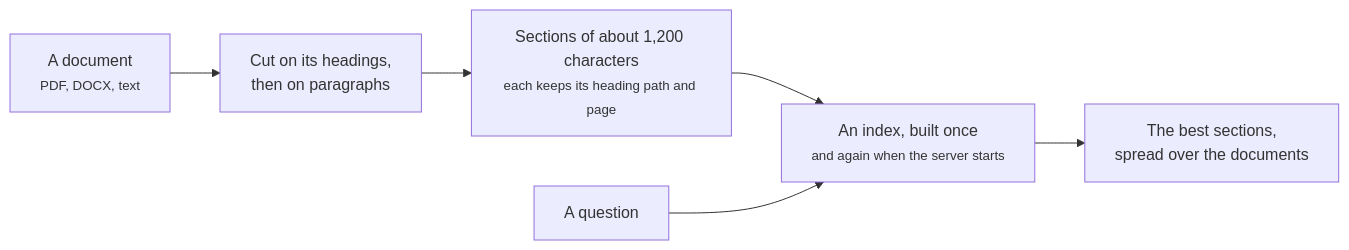
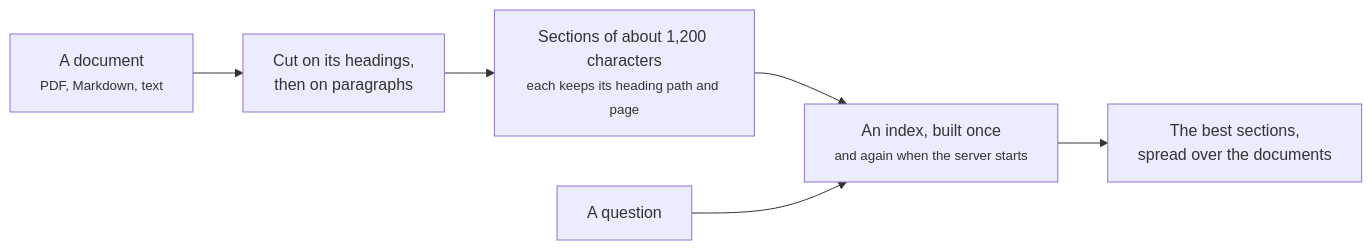
Before and after one commit to denvasylenko/dushes: the diagram in site/src/content/docs/agents/shared/business-documents.mdx, drawn with Mermaid. The commit also changed 7 other files, not shown here.

````diff
--- a/site/src/content/docs/agents/shared/business-documents.mdx
+++ b/site/src/content/docs/agents/shared/business-documents.mdx
@@ -99,7 +99,7 @@
 ```mermaid
 flowchart LR
-  D["A document<br/><small>PDF, DOCX, text</small>"] --> H["Cut on its headings,<br/>then on paragraphs"]
+  D["A document<br/><small>PDF, Markdown, text</small>"] --> H["Cut on its headings,<br/>then on paragraphs"]
   H --> S["Sections of about 1,200 characters<br/><small>each keeps its heading path and page</small>"]
   S --> I["An index, built once<br/><small>and again when the server starts</small>"]
   Q["A question"] --> I --> R["The best sections,<br/>spread over the documents"]
 ```
````
